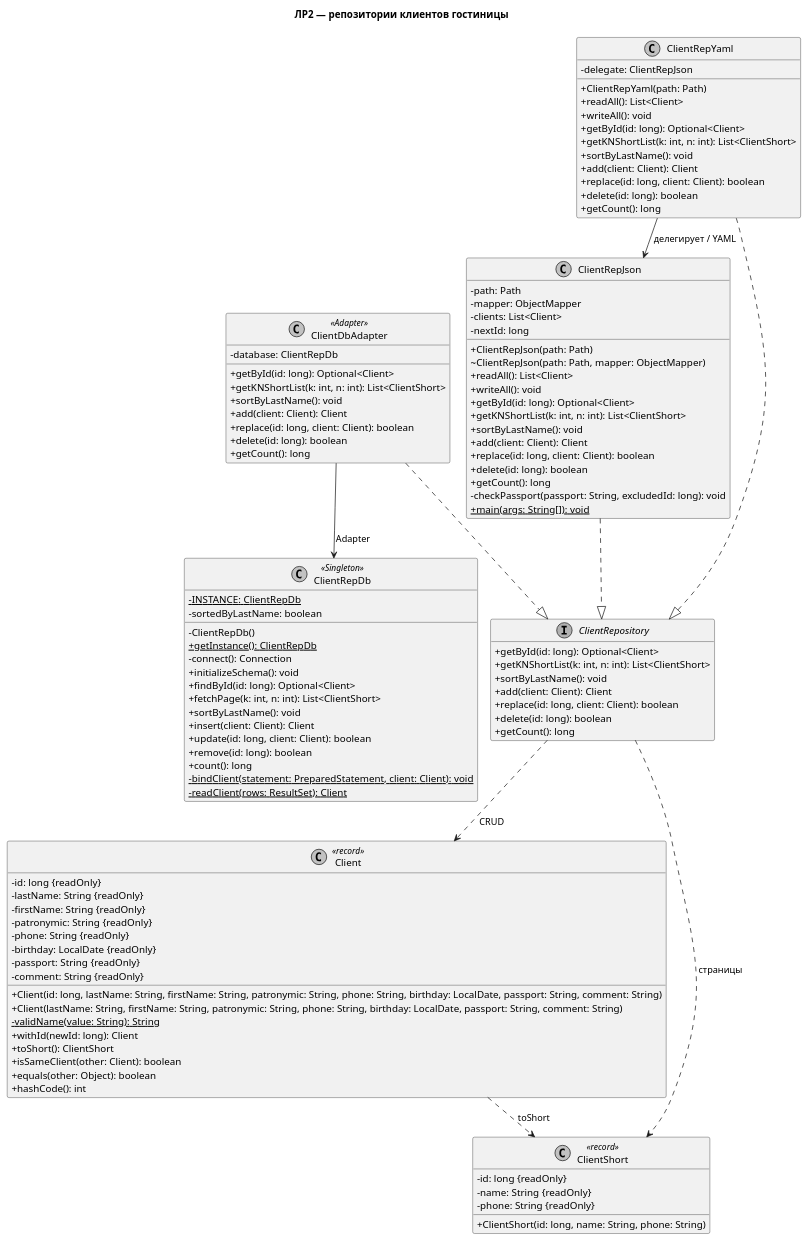
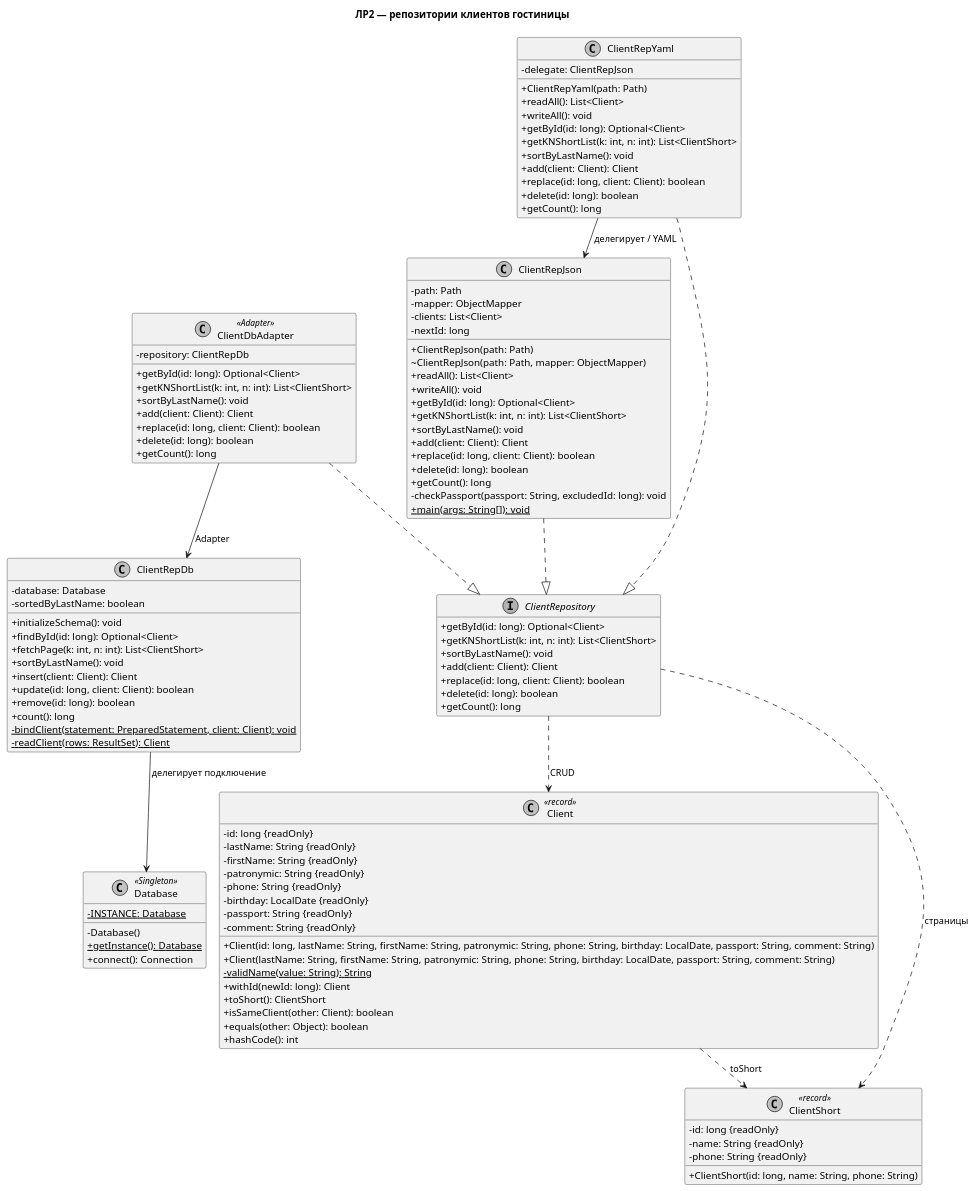
One commit to enteryourworld/information-system-design changed the diagram in лаб2/docs/class-diagram.puml. Above: the diagram before and after it, drawn with PlantUML. The commit also changed 7 other files, not shown here.

Commit message:
ЛР2.5: Выделить Database Singleton и завершить обязательную часть

```diff
--- a/лаб2/docs/class-diagram.puml
+++ b/лаб2/docs/class-diagram.puml
@@ -1,117 +1,122 @@
 @startuml
 !pragma layout smetana
 title ЛР2 — репозитории клиентов гостиницы
 skinparam classAttributeIconSize 0
 skinparam shadowing false
 skinparam monochrome true
 skinparam defaultFontName Arial
 hide empty members
 
 class Client <<record>> {
   - id: long {readOnly}
   - lastName: String {readOnly}
   - firstName: String {readOnly}
   - patronymic: String {readOnly}
   - phone: String {readOnly}
   - birthday: LocalDate {readOnly}
   - passport: String {readOnly}
   - comment: String {readOnly}
   + Client(id: long, lastName: String, firstName: String, patronymic: String, phone: String, birthday: LocalDate, passport: String, comment: String)
   + Client(lastName: String, firstName: String, patronymic: String, phone: String, birthday: LocalDate, passport: String, comment: String)
   - {static} validName(value: String): String
   + withId(newId: long): Client
   + toShort(): ClientShort
   + isSameClient(other: Client): boolean
   + equals(other: Object): boolean
   + hashCode(): int
 }
 
 class ClientDbAdapter <<Adapter>> {
-  - database: ClientRepDb
+  - repository: ClientRepDb
   + getById(id: long): Optional<Client>
   + getKNShortList(k: int, n: int): List<ClientShort>
   + sortByLastName(): void
   + add(client: Client): Client
   + replace(id: long, client: Client): boolean
   + delete(id: long): boolean
   + getCount(): long
 }
 
-class ClientRepDb <<Singleton>> {
-  - {static} INSTANCE: ClientRepDb
+class ClientRepDb {
+  - database: Database
   - sortedByLastName: boolean
-  - ClientRepDb()
-  + {static} getInstance(): ClientRepDb
-  - connect(): Connection
   + initializeSchema(): void
   + findById(id: long): Optional<Client>
   + fetchPage(k: int, n: int): List<ClientShort>
   + sortByLastName(): void
   + insert(client: Client): Client
   + update(id: long, client: Client): boolean
   + remove(id: long): boolean
   + count(): long
   - {static} bindClient(statement: PreparedStatement, client: Client): void
   - {static} readClient(rows: ResultSet): Client
 }
 
 class ClientRepJson {
   - path: Path
   - mapper: ObjectMapper
   - clients: List<Client>
   - nextId: long
   + ClientRepJson(path: Path)
   ~ ClientRepJson(path: Path, mapper: ObjectMapper)
   + readAll(): List<Client>
   + writeAll(): void
   + getById(id: long): Optional<Client>
   + getKNShortList(k: int, n: int): List<ClientShort>
   + sortByLastName(): void
   + add(client: Client): Client
   + replace(id: long, client: Client): boolean
   + delete(id: long): boolean
   + getCount(): long
   - checkPassport(passport: String, excludedId: long): void
   + {static} main(args: String[]): void
 }
 
 class ClientRepYaml {
   - delegate: ClientRepJson
   + ClientRepYaml(path: Path)
   + readAll(): List<Client>
   + writeAll(): void
   + getById(id: long): Optional<Client>
   + getKNShortList(k: int, n: int): List<ClientShort>
   + sortByLastName(): void
   + add(client: Client): Client
   + replace(id: long, client: Client): boolean
   + delete(id: long): boolean
   + getCount(): long
 }
 
 interface ClientRepository {
   + getById(id: long): Optional<Client>
   + getKNShortList(k: int, n: int): List<ClientShort>
   + sortByLastName(): void
   + add(client: Client): Client
   + replace(id: long, client: Client): boolean
   + delete(id: long): boolean
   + getCount(): long
 }
 
 class ClientShort <<record>> {
   - id: long {readOnly}
   - name: String {readOnly}
   - phone: String {readOnly}
   + ClientShort(id: long, name: String, phone: String)
 }
 
+class Database <<Singleton>> {
+  - {static} INSTANCE: Database
+  - Database()
+  + {static} getInstance(): Database
+  + connect(): Connection
+}
+
 ClientRepJson ..|> ClientRepository
 ClientRepYaml ..|> ClientRepository
 ClientRepYaml --> ClientRepJson : делегирует / YAML
 Client ..> ClientShort : toShort
 ClientRepository ..> Client : CRUD
 ClientRepository ..> ClientShort : страницы
+ClientRepDb --> Database : делегирует подключение
 ClientDbAdapter ..|> ClientRepository
 ClientDbAdapter --> ClientRepDb : Adapter
 @enduml
```
